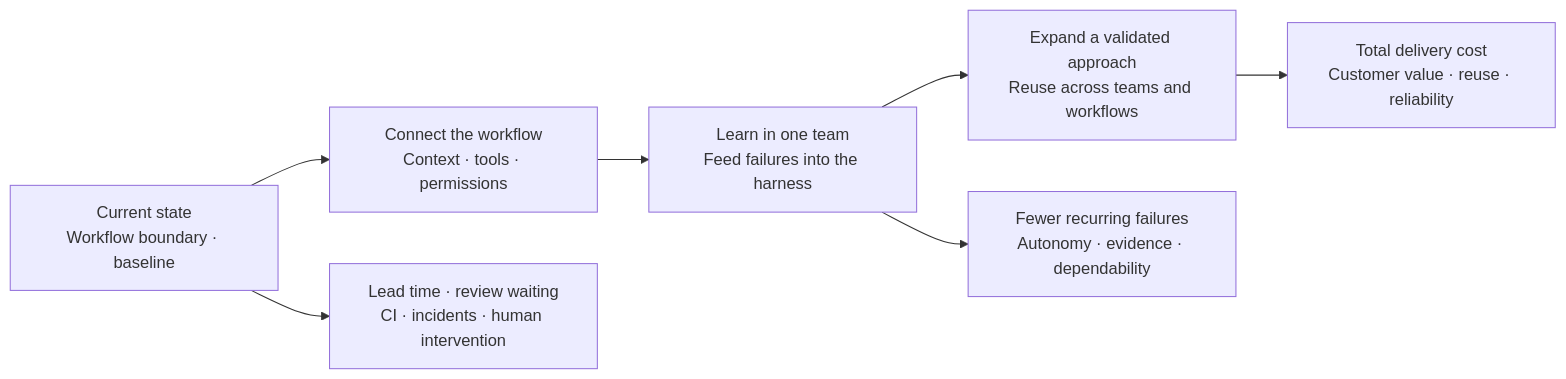
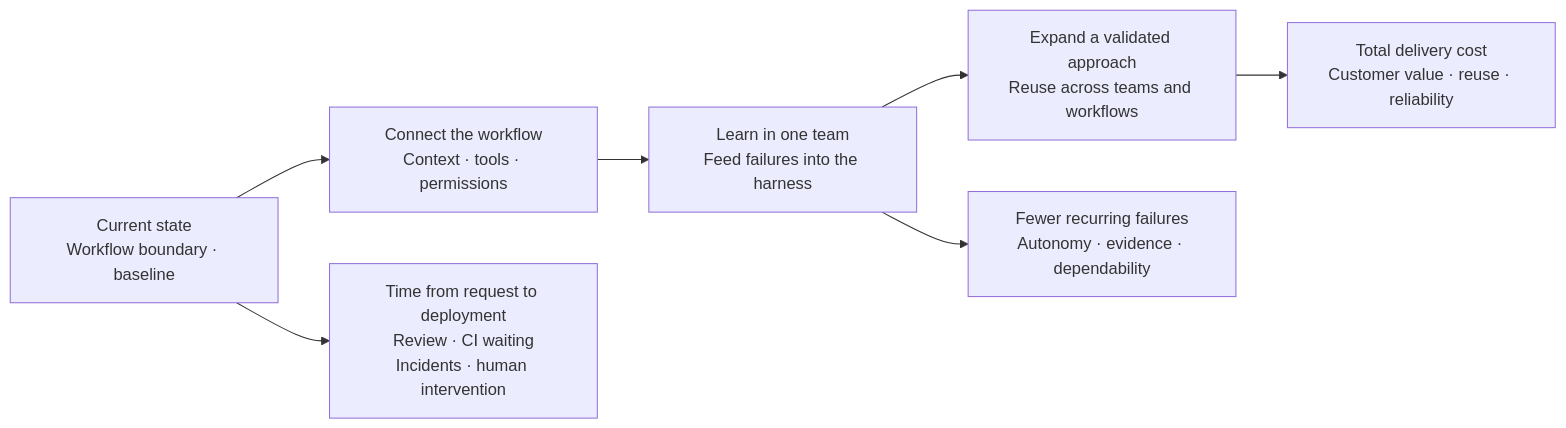
Before and after one commit to haandol/haandol.github.com: the fifth of 5 diagrams in _en/2026-08-31-frontier-development-habits.md, drawn with Mermaid. The commit also changed other lines of this file and 8 other files, not shown here.

````diff
--- a/_en/2026-08-31-frontier-development-habits.md
+++ b/_en/2026-08-31-frontier-development-habits.md
@@ -363,10 +345,10 @@
 ```mermaid
 flowchart LR
     B["Current state<br/>Workflow boundary · baseline"] --> S1["Connect the workflow<br/>Context · tools · permissions"]
     S1 --> S2["Learn in one team<br/>Feed failures into the harness"]
     S2 --> S3["Expand a validated approach<br/>Reuse across teams and workflows"]
 
-    B --> BM["Lead time · review waiting<br/>CI · incidents · human intervention"]
+    B --> BM["Time from request to deployment<br/>Review · CI waiting<br/>Incidents · human intervention"]
     S2 --> M1["Fewer recurring failures<br/>Autonomy · evidence · dependability"]
     S3 --> M2["Total delivery cost<br/>Customer value · reuse · reliability"]
 ```
````
